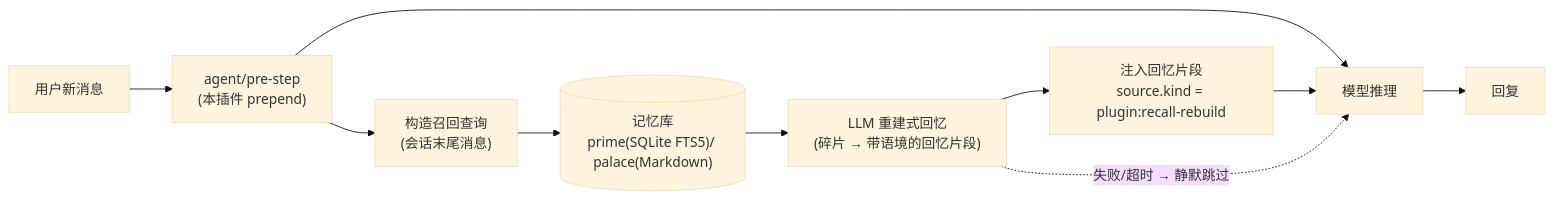
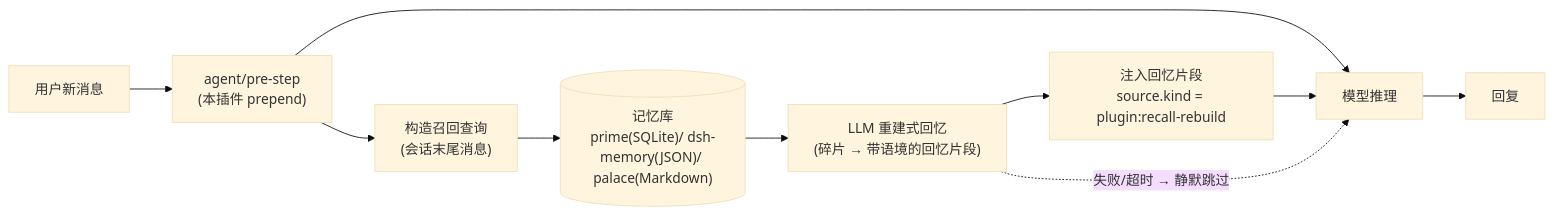
Before and after one commit to linkpain/dsh-recall-rebuild: the diagram in README.md, drawn with Mermaid (base theme). The commit also changed other lines of this file and 1 other file, not shown here.

````diff
--- a/README.md
+++ b/README.md
@@ -76,12 +76,12 @@
 ```mermaid
 flowchart LR
     U["用户新消息"] --> P["agent/pre-step<br/>(本插件 prepend)"]
     P --> Q["构造召回查询<br/>(会话末尾消息)"]
-    Q --> S[("记忆库<br/>prime(SQLite FTS5)/ palace(Markdown)")]
+    Q --> S[("记忆库<br/>prime(SQLite)/ dsh-memory(JSON)/ palace(Markdown)")]
     S --> R["LLM 重建式回忆<br/>(碎片 → 带语境的回忆片段)"]
     R --> I["注入回忆片段<br/>source.kind = plugin:recall-rebuild"]
     P --> M["模型推理"]
     I --> M
     M --> A["回复"]
     R -. "失败/超时 → 静默跳过" .-> M
 ```
````
